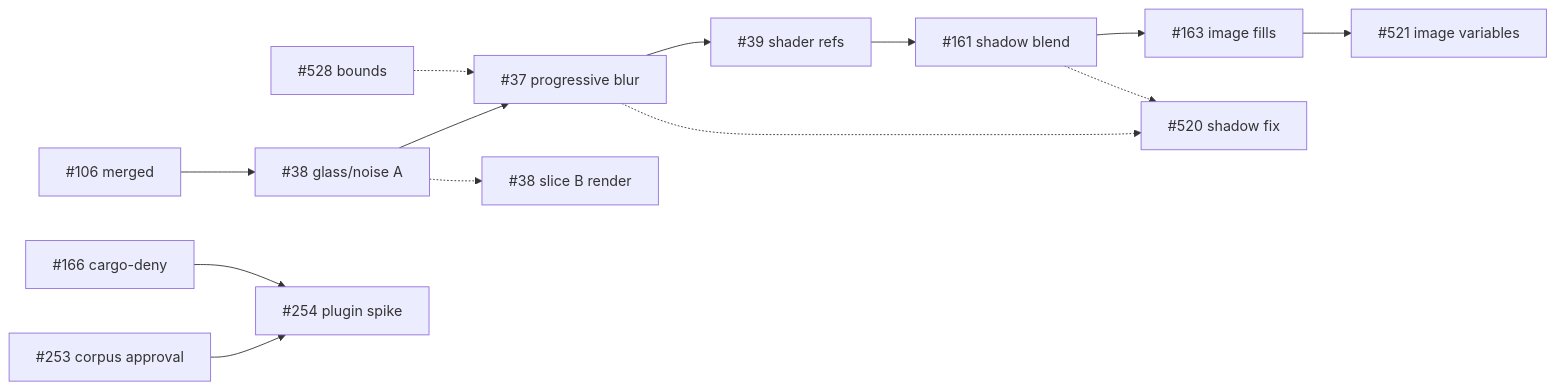
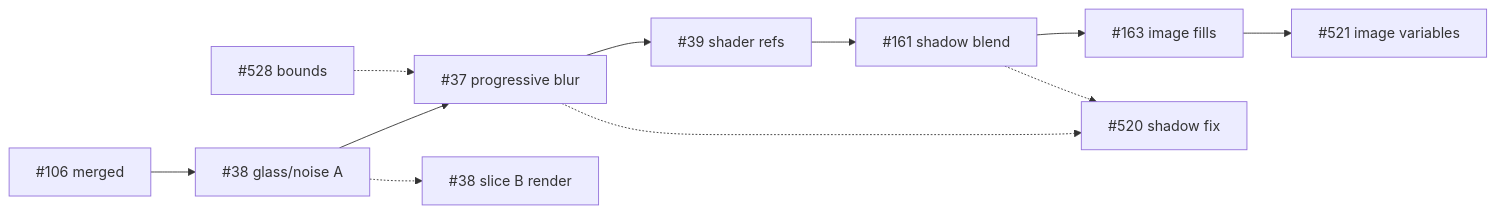
One commit to NamAIEngineer/design-os-studio changed the diagram in docs/specs/v0.7/README-part2.md. Above: the diagram before and after it, drawn with Mermaid. The commit also changed other lines of this file and 8 other files, not shown here.

````diff
--- a/docs/specs/v0.7/README-part2.md
+++ b/docs/specs/v0.7/README-part2.md
@@ -44,15 +40,13 @@
 ```mermaid
 graph LR
   P106[#106 merged] --> P38[#38 glass/noise A]
   P38 --> P37[#37 progressive blur]
   P37 --> P39[#39 shader refs]
   P39 --> P161[#161 shadow blend]
   P161 --> P163[#163 image fills]
   P163 --> P521[#521 image variables]
   P528[#528 bounds] -.-> P37
   P37 -.-> P520[#520 shadow fix]
   P161 -.-> P520
-  P253[#253 corpus approval] --> P254[#254 plugin spike]
-  P166[#166 cargo-deny] --> P254
   P38 -.-> P38B[#38 slice B render]
 ```
````
